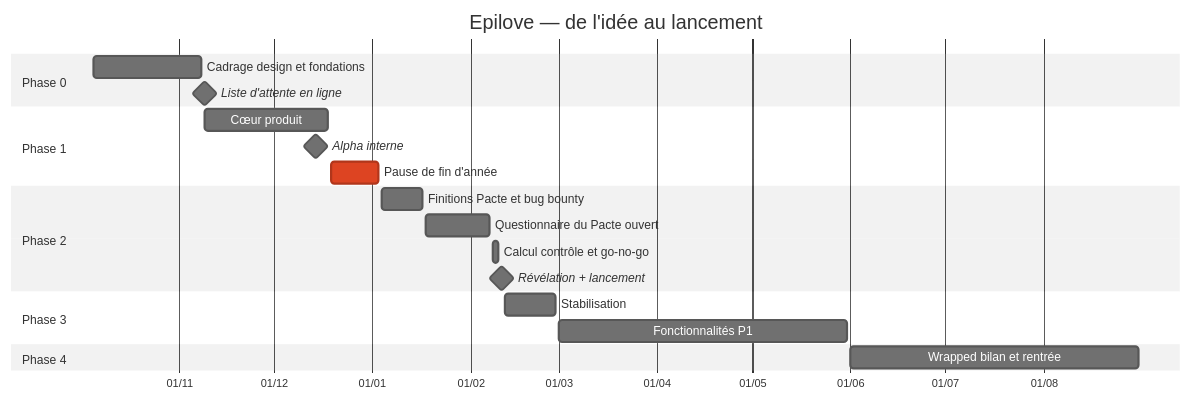
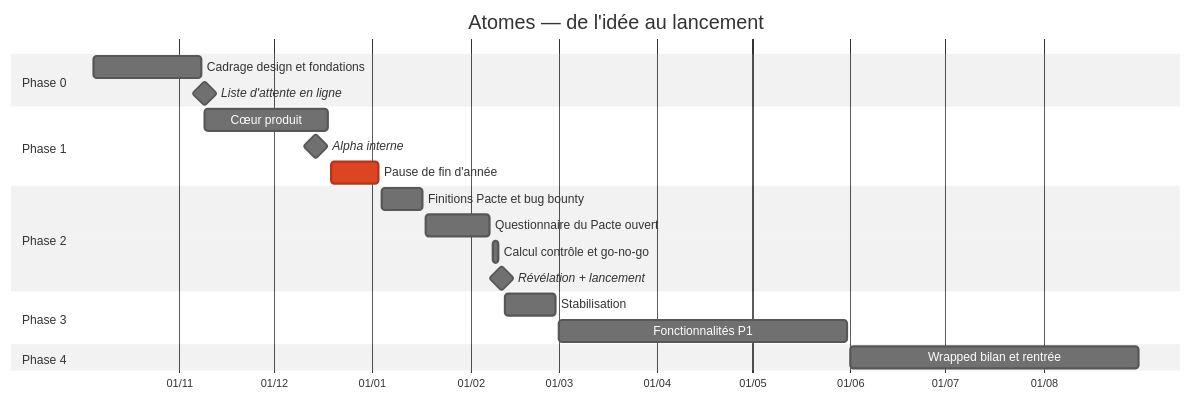
One commit to louis-landanger/epilove changed the diagram in docs/09-roadmap.md. Above: the diagram before and after it, drawn with Mermaid (neutral theme). The commit also changed 471 other files, not shown here.

First line of the commit message:
refactor!: rename the project from Epilove to Atomes

````diff
--- a/docs/09-roadmap.md
+++ b/docs/09-roadmap.md
@@ -7,23 +7,23 @@
 ```mermaid
 gantt
-    title Epilove — de l'idée au lancement
+    title Atomes — de l'idée au lancement
     dateFormat  YYYY-MM-DD
     axisFormat  %d/%m
     section Phase 0
     Cadrage design et fondations     :p0, 2026-10-05, 2026-11-08
     Liste d'attente en ligne         :milestone, m1, 2026-11-09, 0d
     section Phase 1
     Cœur produit                     :p1, 2026-11-09, 2026-12-18
     Alpha interne                    :milestone, m2, 2026-12-14, 0d
     Pause de fin d'année             :crit, 2026-12-19, 2027-01-03
     section Phase 2
     Finitions Pacte et bug bounty    :p2, 2027-01-04, 2027-01-17
     Questionnaire du Pacte ouvert    :p2b, 2027-01-18, 2027-02-07
     Calcul contrôle et go-no-go      :p2c, 2027-02-08, 2027-02-10
     Révélation + lancement           :milestone, m3, 2027-02-11, 0d
     section Phase 3
     Stabilisation                    :p3a, 2027-02-12, 2027-02-28
     Fonctionnalités P1               :p3b, 2027-03-01, 2027-05-31
     section Phase 4
     Wrapped bilan et rentrée         :p4, 2027-06-01, 2027-08-31
 ```
````
